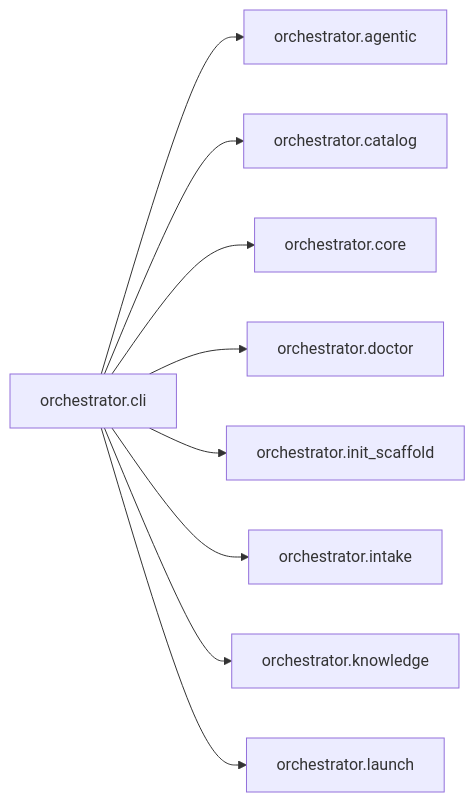
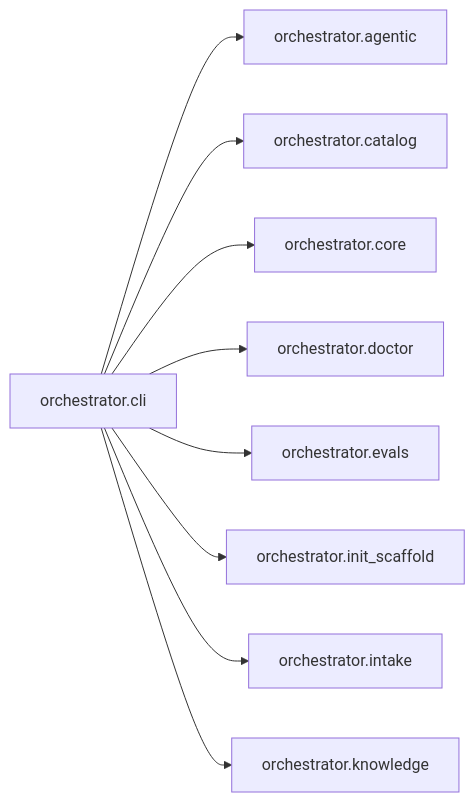
Before and after one commit to synaptixs/spine: the diagram in episteme/areas/orchestrator.cli.md, drawn with Mermaid. The commit also changed other lines of this file and 24 other files, not shown here.

````diff
--- a/episteme/areas/orchestrator.cli.md
+++ b/episteme/areas/orchestrator.cli.md
@@ -8,20 +8,20 @@
 ```mermaid
 flowchart LR
   n0["orchestrator.cli"]
   n1["orchestrator.agentic"]
   n2["orchestrator.catalog"]
   n3["orchestrator.core"]
   n4["orchestrator.doctor"]
-  n5["orchestrator.init_scaffold"]
-  n6["orchestrator.intake"]
-  n7["orchestrator.knowledge"]
-  n8["orchestrator.launch"]
+  n5["orchestrator.evals"]
+  n6["orchestrator.init_scaffold"]
+  n7["orchestrator.intake"]
+  n8["orchestrator.knowledge"]
   n0 --> n1
   n0 --> n2
   n0 --> n3
   n0 --> n4
   n0 --> n5
   n0 --> n6
   n0 --> n7
   n0 --> n8
 ```
````
